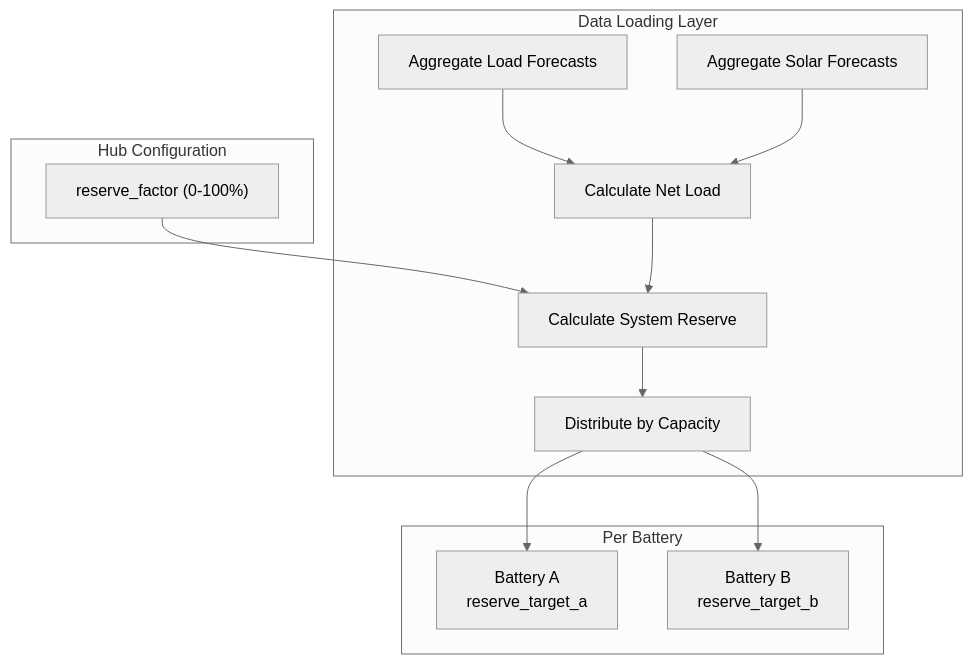
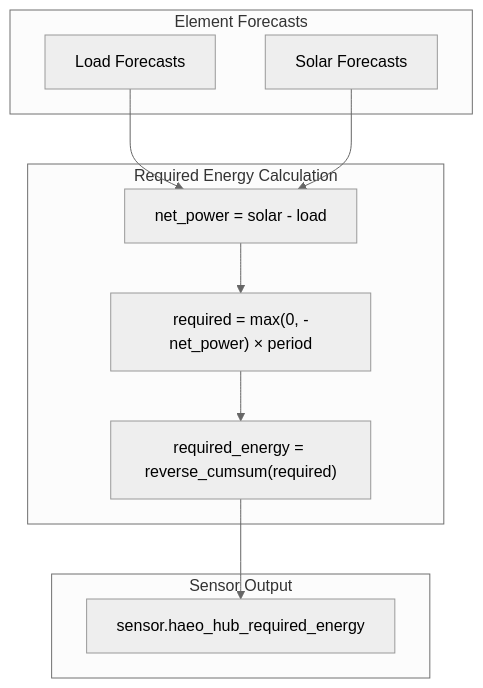
One commit to hass-energy/haeo changed the diagram in .cursor/plans/self-sufficiency_reserve_feature_044d0dd1.plan.md. Above: the diagram before and after it, drawn with Mermaid (neutral theme). The commit also changed other lines of this file, not shown here.

````diff
--- a/.cursor/plans/self-sufficiency_reserve_feature_044d0dd1.plan.md
+++ b/.cursor/plans/self-sufficiency_reserve_feature_044d0dd1.plan.md
@@ -63,27 +105,23 @@
 ```mermaid
 flowchart TD
-    subgraph HubConfig [Hub Configuration]
-        ReserveFactor["reserve_factor (0-100%)"]
+    subgraph Inputs [Element Forecasts]
+        Load[Load Forecasts]
+        Solar[Solar Forecasts]
     end
 
-    subgraph DataLoading [Data Loading Layer]
-        AggLoad[Aggregate Load Forecasts]
-        AggSolar[Aggregate Solar Forecasts]
-        CalcNet[Calculate Net Load]
-        CalcReserve[Calculate System Reserve]
-        Distribute[Distribute by Capacity]
+    subgraph Calculation [Required Energy Calculation]
+        NetPower["net_power = solar - load"]
+        RequiredOnly["required = max(0, -net_power) × period"]
+        ReverseCumsum["required_energy = reverse_cumsum(required)"]
     end
 
-    subgraph Batteries [Per Battery]
-        BatA["Battery A\nreserve_target_a"]
-        BatB["Battery B\nreserve_target_b"]
+    subgraph Output [Sensor Output]
+        Sensor["sensor.haeo_hub_required_energy"]
     end
 
-    ReserveFactor --> CalcReserve
-    AggLoad --> CalcNet
-    AggSolar --> CalcNet
-    CalcNet --> CalcReserve
-    CalcReserve --> Distribute
-    Distribute --> BatA
-    Distribute --> BatB
+    Load --> NetPower
+    Solar --> NetPower
+    NetPower --> RequiredOnly
+    RequiredOnly --> ReverseCumsum
+    ReverseCumsum --> Sensor
 ```
````
